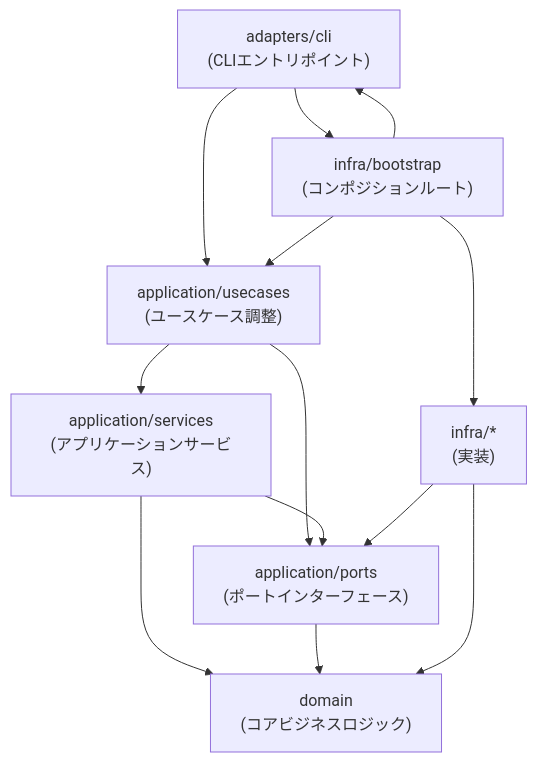
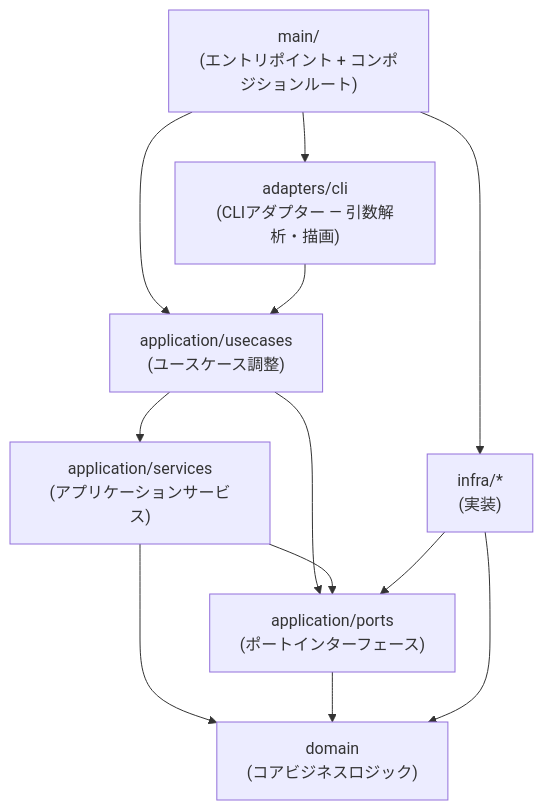
One commit to hiromaily/autonomous-engineer changed the diagram in docs/ja/architecture/architecture.md. Above: the diagram before and after it, drawn with Mermaid. The commit also changed other lines of this file and 6 other files, not shown here.

First line of the commit message:
refactor(logger): move JsonLogWriter from adapters/cli to infra/logger

````diff
--- a/docs/ja/architecture/architecture.md
+++ b/docs/ja/architecture/architecture.md
@@ -92,23 +92,22 @@
 ```mermaid
 graph TD
-    CLI["adapters/cli<br/>(CLIエントリポイント)"]
-    Bootstrap["infra/bootstrap<br/>(コンポジションルート)"]
+    Main["main/<br/>(エントリポイント + コンポジションルート)"]
+    CLI["adapters/cli<br/>(CLIアダプター — 引数解析・描画)"]
     Usecase["application/usecases<br/>(ユースケース調整)"]
     Services["application/services<br/>(アプリケーションサービス)"]
     Ports["application/ports<br/>(ポートインターフェース)"]
     Domain["domain<br/>(コアビジネスロジック)"]
     Infra["infra/*<br/>(実装)"]
 
-    CLI --> Bootstrap
+    Main --> CLI
+    Main --> Infra
+    Main --> Usecase
     CLI --> Usecase
     Usecase --> Services
     Usecase --> Ports
     Services --> Ports
     Services --> Domain
     Ports --> Domain
     Infra --> Ports
     Infra --> Domain
-    Bootstrap --> Infra
-    Bootstrap --> Usecase
-    Bootstrap --> CLI
 ```
````
